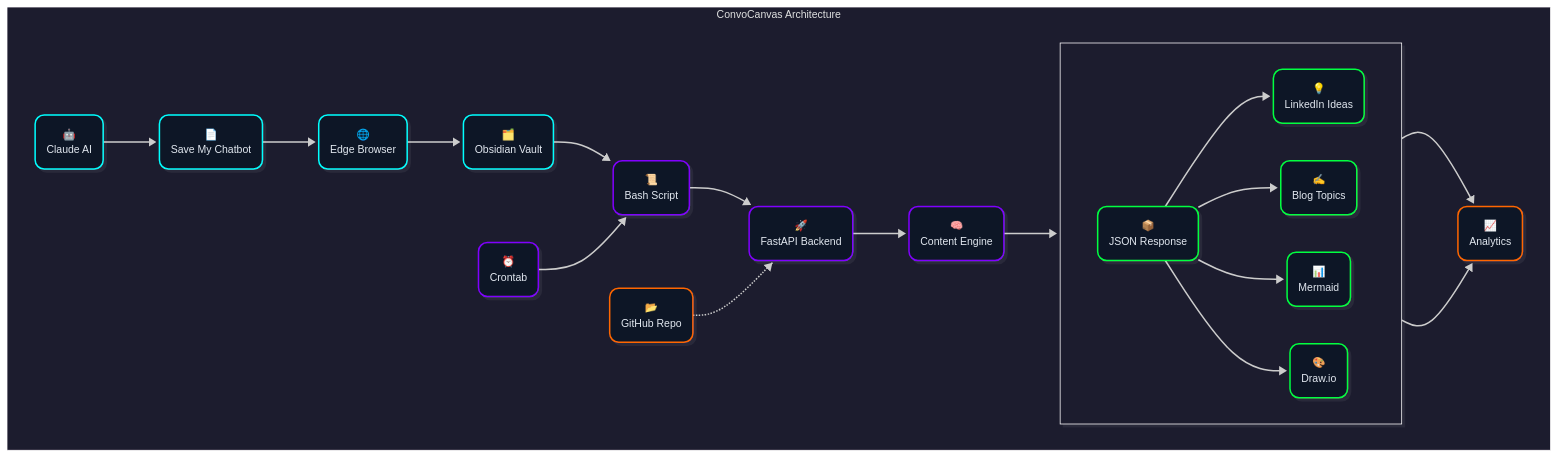
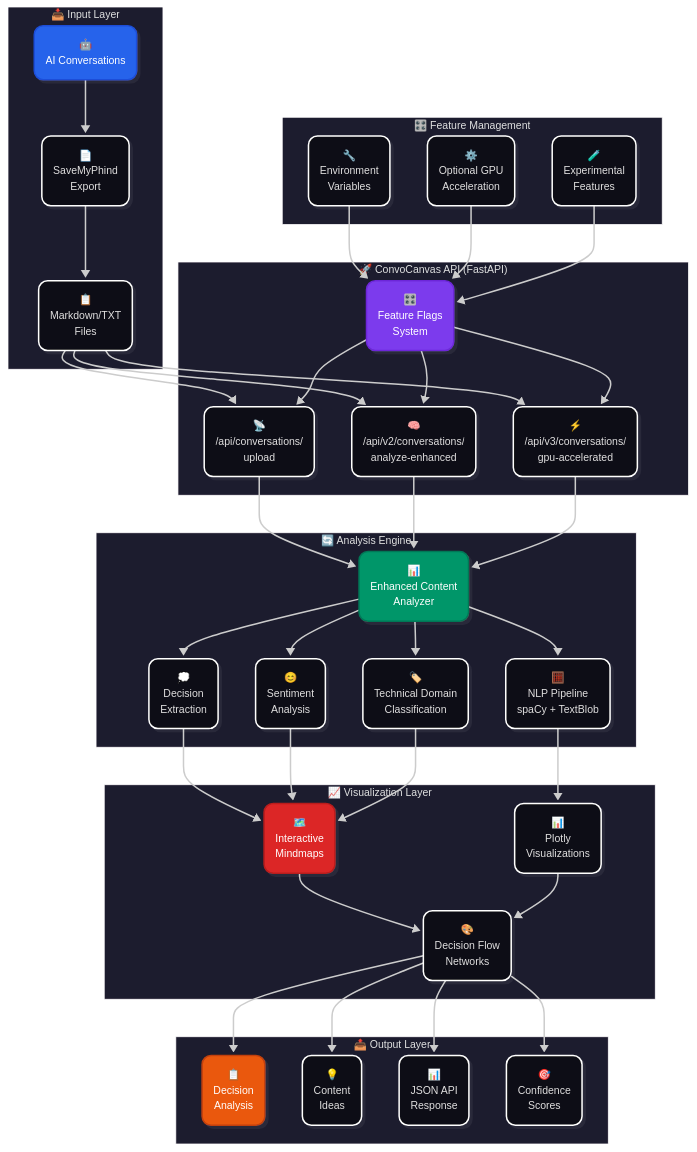
Before and after one commit to rduffyuk/ConvoCanvas: the diagram in README.md, drawn with Mermaid. The commit also changed other lines of this file, not shown here.

Commit message:
docs: Add modern architecture diagram and detailed system overview
🏗️ New Architecture Visualization:
- Modern Mermaid diagram showing actual tested components
- Clear separation of Input → API → Processing → Visualization → Output
- Feature flags system prominently displayed
- Accurate endpoint URLs and processing pipeline

📚 Enhanced Documentation:
- Detailed architecture overview explaining each layer
- Technology stack clearly defined with specific tools
- Removed redundant old architecture section
- Professional visual design with color coding

✨ Reflects Reality:
- Shows actual working endpoints (/api/conversations/, /api/v2/conversations/)
- Highlights feature flags and optional GPU acceleration
- Demonstrates NLP pipeline (spaCy + TextBlob + scikit-learn)
- Interactive mindmaps with Plotly visualizations

🎯 Social Media Ready:
- Professional diagram suitable for technical audiences
- Clear value proposition visualization
- Shows sophistication of alpha release

🤖 Generated with [Claude Code](https://claude.ai/code)

````diff
--- a/README.md
+++ b/README.md
@@ -74,57 +74,90 @@
 ```mermaid
 ---
 config:
-  layout: fixed
   theme: redux-dark
   look: neo
 ---
 flowchart TB
- subgraph subGraph0[" "]
-    direction LR
-        I("💡<br>LinkedIn Ideas")
-        H("📦<br>JSON Response")
-        J("✍️<br>Blog Topics")
-        K("📊<br>Mermaid")
-        L("🎨<br>Draw.io")
-  end
- subgraph subGraph1["ConvoCanvas Architecture"]
-        B("📄<br>Save My Chatbot")
-        A("🤖<br>Claude AI")
-        C("🌐<br>Edge Browser")
-        D("🗂️<br>Obsidian Vault")
-        E("📜<br>Bash Script")
-        P("⏰<br>Crontab")
-        F("🚀<br>FastAPI Backend")
-        M("📂<br>GitHub Repo")
-        G("🧠<br>Content Engine")
-        subGraph0
-        X("📈<br>Analytics")
-  end
-    A --> B
-    B --> C
-    C --> D
+    subgraph Input["📥 Input Layer"]
+        A("🤖<br>AI Conversations")
+        B("📄<br>SaveMyPhind<br>Export")
+        C("📋<br>Markdown/TXT<br>Files")
+    end
+
+    subgraph API["🚀 ConvoCanvas API (FastAPI)"]
+        D("🎛️<br>Feature Flags<br>System")
+        E("📡<br>/api/conversations/<br>upload")
+        F("🧠<br>/api/v2/conversations/<br>analyze-enhanced")
+        G("⚡<br>/api/v3/conversations/<br>gpu-accelerated")
+    end
+
+    subgraph Processing["🔄 Analysis Engine"]
+        H("📊<br>Enhanced Content<br>Analyzer")
+        I("💭<br>Decision<br>Extraction")
+        J("😊<br>Sentiment<br>Analysis")
+        K("🏷️<br>Technical Domain<br>Classification")
+        L("🧮<br>NLP Pipeline<br>spaCy + TextBlob")
+    end
+
+    subgraph Visualization["📈 Visualization Layer"]
+        M("🗺️<br>Interactive<br>Mindmaps")
+        N("📊<br>Plotly<br>Visualizations")
+        O("🎨<br>Decision Flow<br>Networks")
+    end
+
+    subgraph Output["📤 Output Layer"]
+        P("📋<br>Decision<br>Analysis")
+        Q("💡<br>Content<br>Ideas")
+        R("📊<br>JSON API<br>Response")
+        S("🎯<br>Confidence<br>Scores")
+    end
+
+    subgraph Features["🎛️ Feature Management"]
+        T("🔧<br>Environment<br>Variables")
+        U("⚙️<br>Optional GPU<br>Acceleration")
+        V("🧪<br>Experimental<br>Features")
+    end
+
+    %% Flow connections
+    A --> B --> C
+    C --> E
+    C --> F
+    C --> G
+
     D --> E
-    P --> E
-    E --> F
-    M -.-> F
-    F --> G
+    D --> F
+    D --> G
+
+    E --> H
+    F --> H
     G --> H
-    H --> I & J & K & L
-    I --> X
-    L --> X
-    style I fill:#111827,stroke:#00ff41,stroke-width:2px,color:#e2e8f0
-    style H fill:#111827,stroke:#00ff41,stroke-width:2px,color:#e2e8f0
-    style J fill:#111827,stroke:#00ff41,stroke-width:2px,color:#e2e8f0
-    style K fill:#111827,stroke:#00ff41,stroke-width:2px,color:#e2e8f0
-    style L fill:#111827,stroke:#00ff41,stroke-width:2px,color:#e2e8f0
-    style B fill:#111827,stroke:#00ffff,stroke-width:2px,color:#e2e8f0
-    style A fill:#111827,stroke:#00ffff,stroke-width:2px,color:#e2e8f0
-    style C fill:#111827,stroke:#00ffff,stroke-width:2px,color:#e2e8f0
-    style D fill:#111827,stroke:#00ffff,stroke-width:2px,color:#e2e8f0
-    style E fill:#111827,stroke:#8000ff,stroke-width:2px,color:#e2e8f0
-    style P fill:#111827,stroke:#8000ff,stroke-width:2px,color:#e2e8f0
-    style F fill:#111827,stroke:#8000ff,stroke-width:2px,color:#e2e8f0
-    style M fill:#111827,stroke:#ff6600,stroke-width:2px,color:#e2e8f0
-    style G fill:#111827,stroke:#8000ff,stroke-width:2px,color:#e2e8f0
-    style X fill:#111827,stroke:#ff6600,stroke-width:2px,color:#e2e8f0
+
+    H --> I
+    H --> J
+    H --> K
+    H --> L
+
+    I --> M
+    J --> M
+    K --> M
+    L --> N
+
+    M --> O
+    N --> O
+
+    O --> P
+    O --> Q
+    O --> R
+    O --> S
+
+    T --> D
+    U --> D
+    V --> D
+
+    %% Styling
+    style A fill:#2563eb,stroke:#1d4ed8,stroke-width:2px,color:#ffffff
+    style H fill:#059669,stroke:#047857,stroke-width:2px,color:#ffffff
+    style M fill:#dc2626,stroke:#b91c1c,stroke-width:2px,color:#ffffff
+    style D fill:#7c3aed,stroke:#6d28d9,stroke-width:2px,color:#ffffff
+    style P fill:#ea580c,stroke:#c2410c,stroke-width:2px,color:#ffffff
 ```
````
